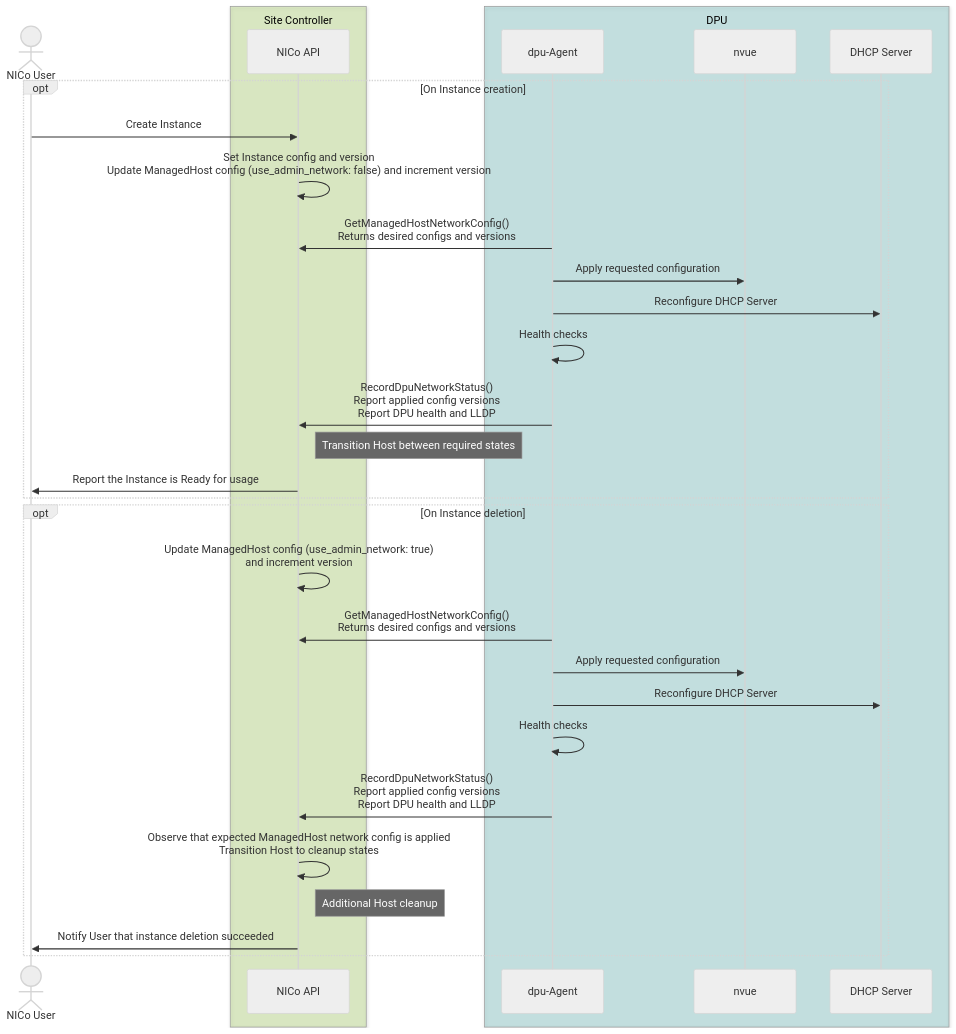
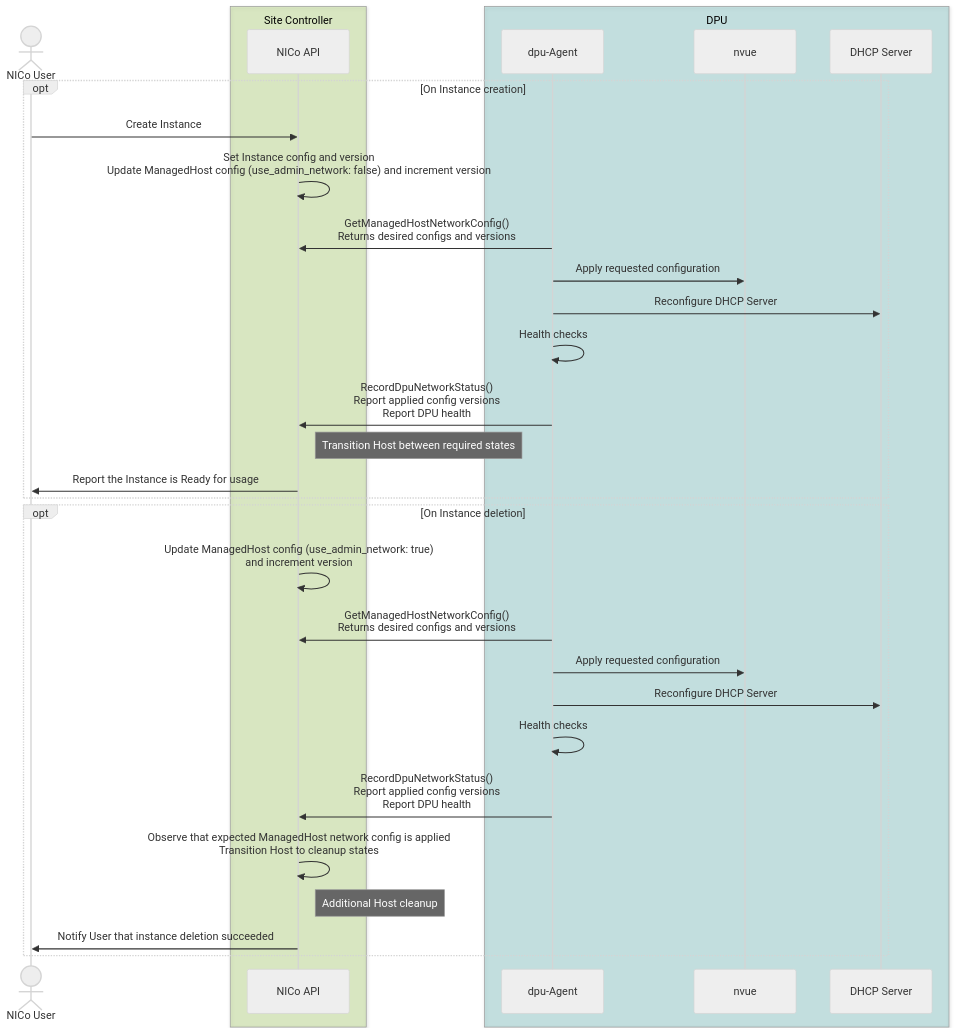
One commit to dsx-ai-factory/infra-controller changed the second of 2 diagrams in docs/dpu-management/dpu_configuration.md. Above: the diagram before and after it, drawn with Mermaid (neutral theme). The commit also changed other lines of this file and 3 other files, not shown here.

````diff
--- a/docs/dpu-management/dpu_configuration.md
+++ b/docs/dpu-management/dpu_configuration.md
@@ -254,38 +267,38 @@
 ```mermaid
 sequenceDiagram
     actor User as NICo User
 
     box rgba(118, 185, 0, .2) Site Controller
         participant NICo as NICo API
     end
 
     box rgba(8, 143, 143, .2) DPU
         participant Agent as dpu-Agent
         participant Nvue as nvue
         participant Dhcp as DHCP Server
     end
 
     opt On Instance creation
         User ->> NICo: Create Instance
         NICo ->> NICo: Set Instance config and version<br>Update ManagedHost config (use_admin_network: false) and increment version
         Agent->>NICo: GetManagedHostNetworkConfig()<br>Returns desired configs and versions
         Agent->>Nvue: Apply requested configuration
         Agent->>Dhcp: Reconfigure DHCP Server
         Agent->>Agent: Health checks
-        Agent->>NICo: RecordDpuNetworkStatus()<br>Report applied config versions<br>Report DPU health and LLDP
+        Agent->>NICo: RecordDpuNetworkStatus()<br>Report applied config versions<br>Report DPU health
         Note right of NICo: Transition Host between required states
         NICo ->> User: Report the Instance is Ready for usage
     end
 
     opt On Instance deletion
         NICo ->> NICo: Update ManagedHost config (use_admin_network: true)<br>and increment version
         Agent->>NICo: GetManagedHostNetworkConfig()<br>Returns desired configs and versions
         Agent->>Nvue: Apply requested configuration
         Agent->>Dhcp: Reconfigure DHCP Server
         Agent->>Agent: Health checks
-        Agent->>NICo: RecordDpuNetworkStatus()<br>Report applied config versions<br>Report DPU health and LLDP
+        Agent->>NICo: RecordDpuNetworkStatus()<br>Report applied config versions<br>Report DPU health
         NICo->>NICo: Observe that expected ManagedHost network config is applied<br>Transition Host to cleanup states
         Note right of NICo: Additional Host cleanup
         NICo ->> User: Notify User that instance deletion succeeded
     end
 ```
````
